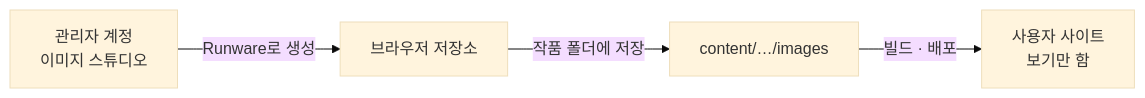
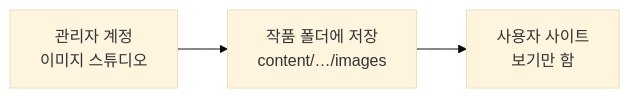
One commit to 20232497/HEARTSYNC changed the second of 2 diagrams in README.md. Above: the diagram before and after it, drawn with Mermaid (base theme). The commit also changed other lines of this file and 1 other file, not shown here.

Commit message:
README 구조도 단순화·목차 링크 수정 · YabaL Mix 사용처 바로잡기
- '개발' 제목의 이모지에 보이지 않는 문자(ZWJ)가 들어 목차 링크가 깨지던 것
- 두 번째 구조도가 좁은 화면에서 읽기 어렵던 것을 세 칸으로 줄임
- YabaL Mix는 사람 없는 그림만이 아니라 세 화풍의 기본 모델 — 출시 전 교체 대상으로 명시

````diff
--- a/README.md
+++ b/README.md
@@ -114,6 +114,5 @@
 ```mermaid
 flowchart LR
-  G["관리자 계정<br/>이미지 스튜디오"] -->|"Runware로 생성"| L["브라우저 저장소"]
-  L -->|"작품 폴더에 저장"| F["content/…/images"]
-  F -->|"빌드 · 배포"| V["사용자 사이트<br/>보기만 함"]
+  G["관리자 계정<br/>이미지 스튜디오"] --> F["작품 폴더에 저장<br/>content/…/images"]
+  F --> V["사용자 사이트<br/>보기만 함"]
 ```
````
